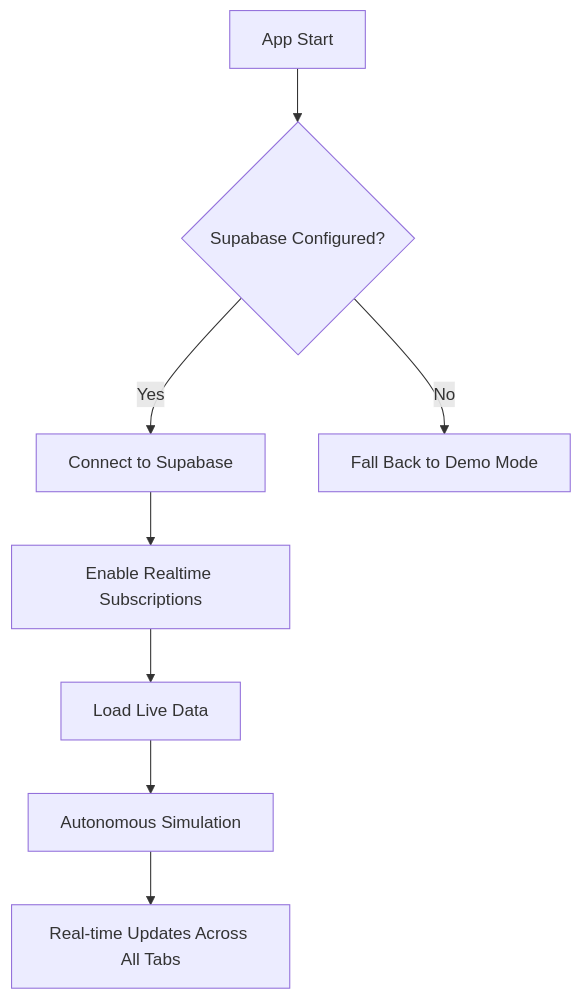
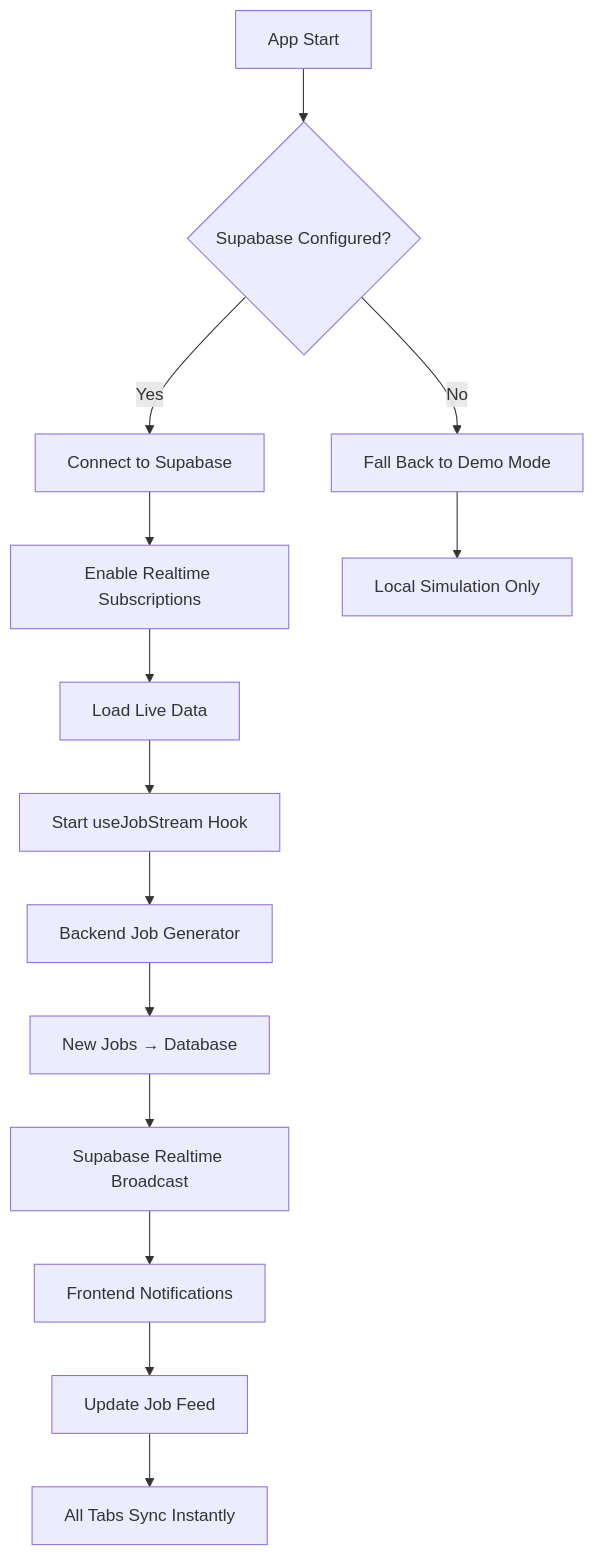
Diagram 14 of 14 in Architecture.md (AngelP17/YieldOps), drawn with Mermaid before and after one commit. The commit also changed other lines of this file, not shown here.

First line of the commit message:
docs: update Mermaid diagrams and Live Mode section

````diff
--- a/Architecture.md
+++ b/Architecture.md
@@ -964,10 +972,16 @@
 ```mermaid
 flowchart TD
     A[App Start] --> B{Supabase Configured?}
     B -->|Yes| C[Connect to Supabase]
     C --> D[Enable Realtime Subscriptions]
     D --> E[Load Live Data]
-    E --> F[Autonomous Simulation]
-    F --> G[Real-time Updates Across All Tabs]
-    B -->|No| H[Fall Back to Demo Mode]
+    E --> F[Start useJobStream Hook]
+    F --> G[Backend Job Generator]
+    G --> H[New Jobs → Database]
+    H --> I[Supabase Realtime Broadcast]
+    I --> J[Frontend Notifications]
+    J --> K[Update Job Feed]
+    K --> L[All Tabs Sync Instantly]
+    B -->|No| M[Fall Back to Demo Mode]
+    M --> N[Local Simulation Only]
 ```
````
